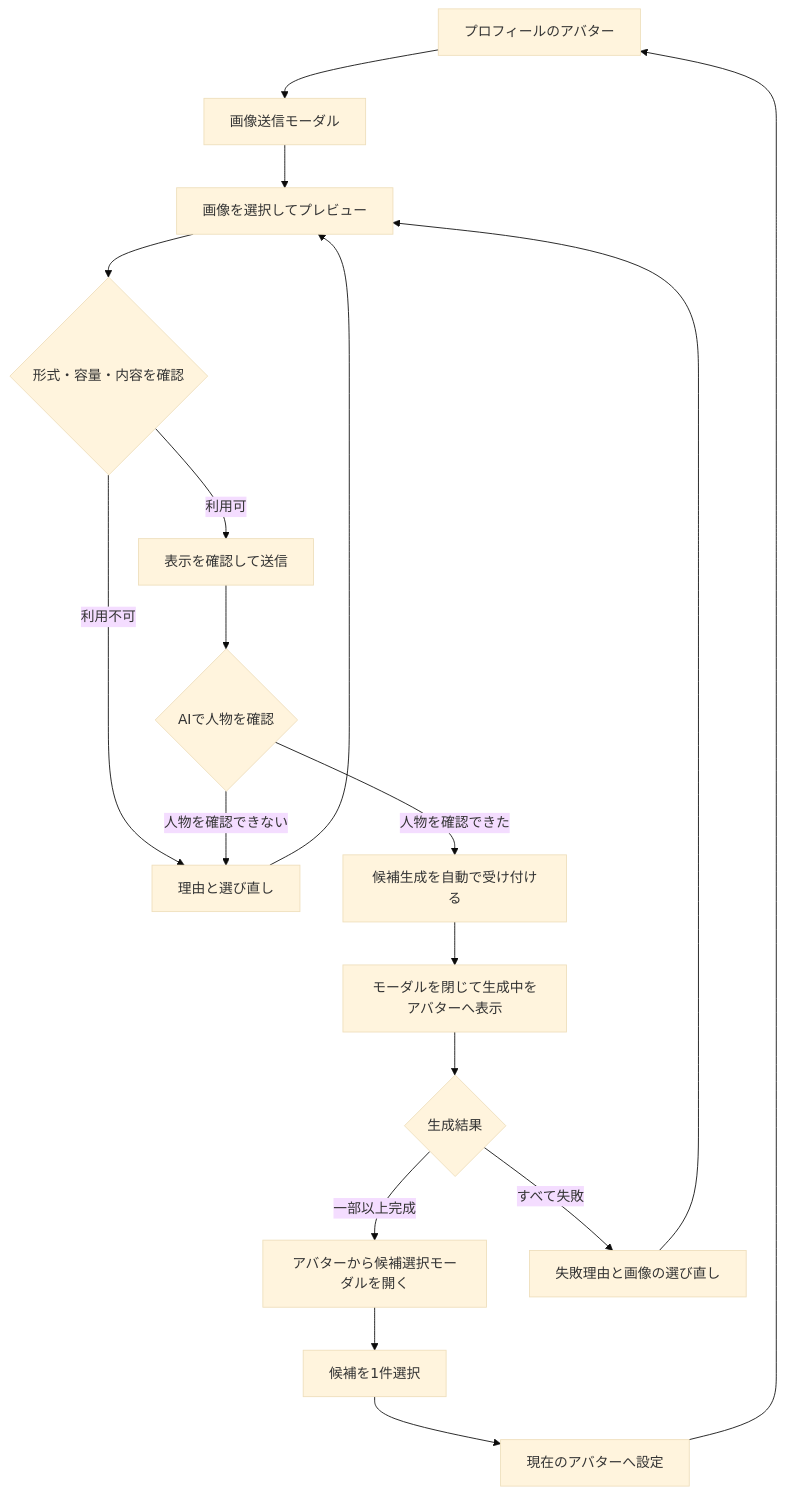
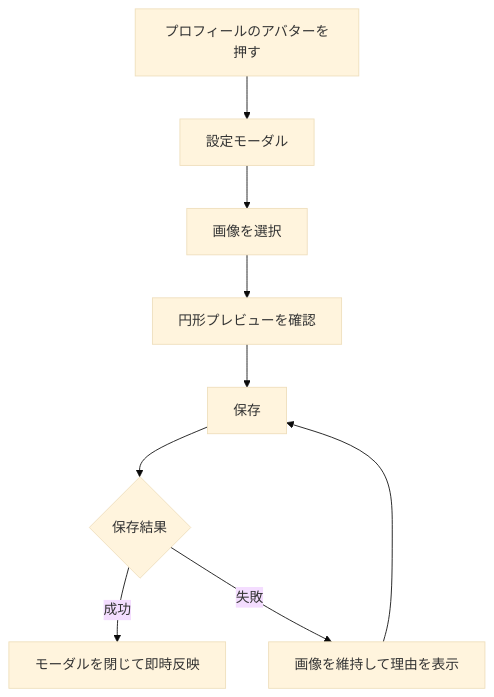
Before and after one commit to kkyosuke/me-builder: the diagram in docs/product/avatar-experience.md, drawn with Mermaid (base theme). The commit also changed other lines of this file and 66 other files, not shown here.

````diff
--- a/docs/product/avatar-experience.md
+++ b/docs/product/avatar-experience.md
@@ -104,20 +18,11 @@
 ```mermaid
 flowchart TD
-    P[プロフィールのアバター] --> S[画像送信モーダル]
-    S --> U[画像を選択してプレビュー]
-    U --> V{形式・容量・内容を確認}
-    V -->|利用不可| UE[理由と選び直し]
-    UE --> U
-    V -->|利用可| C[表示を確認して送信]
-    C --> D{AIで人物を確認}
-    D -->|人物を確認できない| UE
-    D -->|人物を確認できた| J[候補生成を自動で受け付ける]
-    J --> W[モーダルを閉じて生成中をアバターへ表示]
-    W --> R{生成結果}
-    R -->|一部以上完成| G[アバターから候補選択モーダルを開く]
-    R -->|すべて失敗| F[失敗理由と画像の選び直し]
-    F --> U
-    G --> E[候補を1件選択]
-    E --> A[現在のアバターへ設定]
-    A --> P
+    P[プロフィールのアバターを押す] --> M[設定モーダル]
+    M --> F[画像を選択]
+    F --> V[円形プレビューを確認]
+    V --> S[保存]
+    S --> R{保存結果}
+    R -->|成功| C[モーダルを閉じて即時反映]
+    R -->|失敗| E[画像を維持して理由を表示]
+    E --> S
 ```
````
